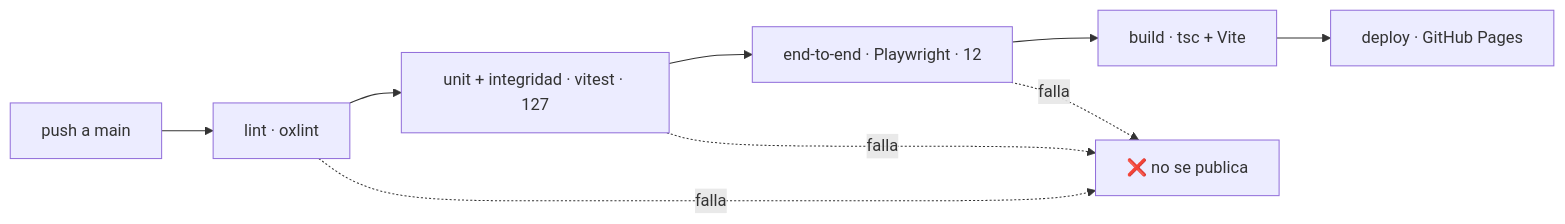
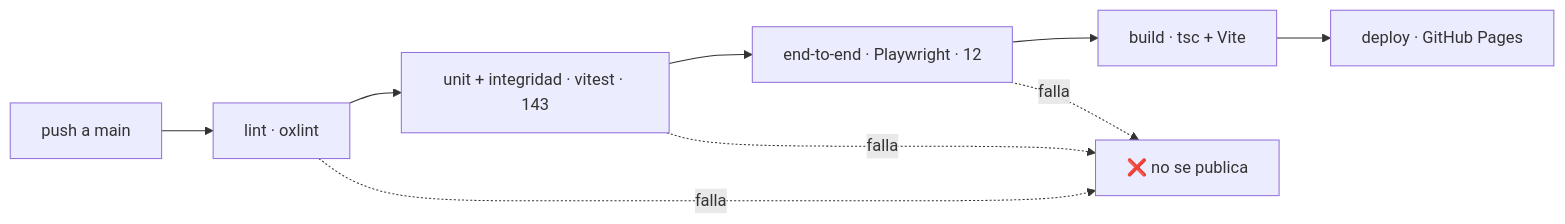
One commit to luzzaragoza/cuanto-me-falta changed the diagram in docs/06-calidad.md. Above: the diagram before and after it, drawn with Mermaid. The commit also changed other lines of this file and 21 other files, not shown here.

````diff
--- a/docs/06-calidad.md
+++ b/docs/06-calidad.md
@@ -64,12 +66,12 @@
 ```mermaid
 %% svg:pipeline
 flowchart LR
     P["push a main"] --> L["lint · oxlint"]
-    L --> U["unit + integridad · vitest · 127"]
+    L --> U["unit + integridad · vitest · 143"]
     U --> E["end-to-end · Playwright · 12"]
     E --> B["build · tsc + Vite"]
     B --> D["deploy · GitHub Pages"]
     L -. falla .-> X["❌ no se publica"]
     U -. falla .-> X
     E -. falla .-> X
 ```
````
